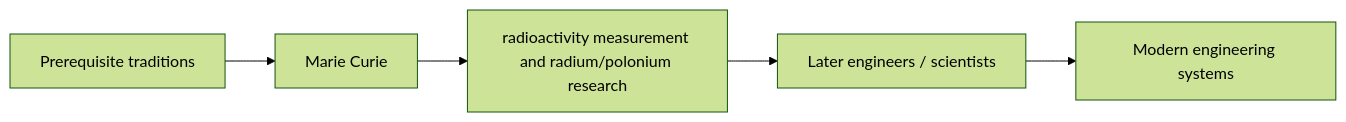
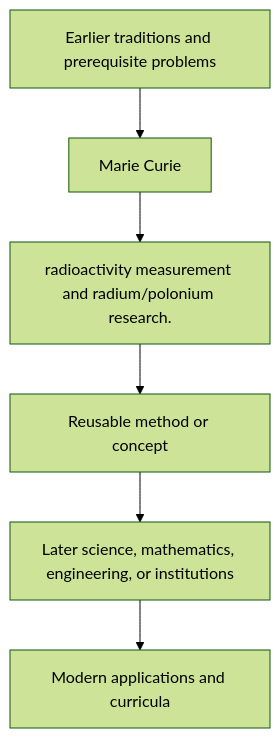
The diagram in docs/history/marie-curie/influence.md (via-decide/ViaLogic), drawn with Mermaid (forest theme) before and after one commit. The commit also changed other lines of this file and 858 other files, not shown here.

````diff
--- a/docs/history/marie-curie/influence.md
+++ b/docs/history/marie-curie/influence.md
@@ -29,7 +16,8 @@
 ```mermaid
-graph LR
-  prerequisites["Prerequisite traditions"] --> current["Marie Curie"]
-  current --> contribution["radioactivity measurement and radium/polonium research"]
-  contribution --> successors["Later engineers / scientists"]
-  successors --> modern["Modern engineering systems"]
+graph TD
+  Prior[Earlier traditions and prerequisite problems] --> Person[Marie Curie]
+  Person --> Contribution[radioactivity measurement and radium/polonium research.]
+  Contribution --> Method[Reusable method or concept]
+  Method --> Later[Later science, mathematics, engineering, or institutions]
+  Later --> Modern[Modern applications and curricula]
 ```
````
